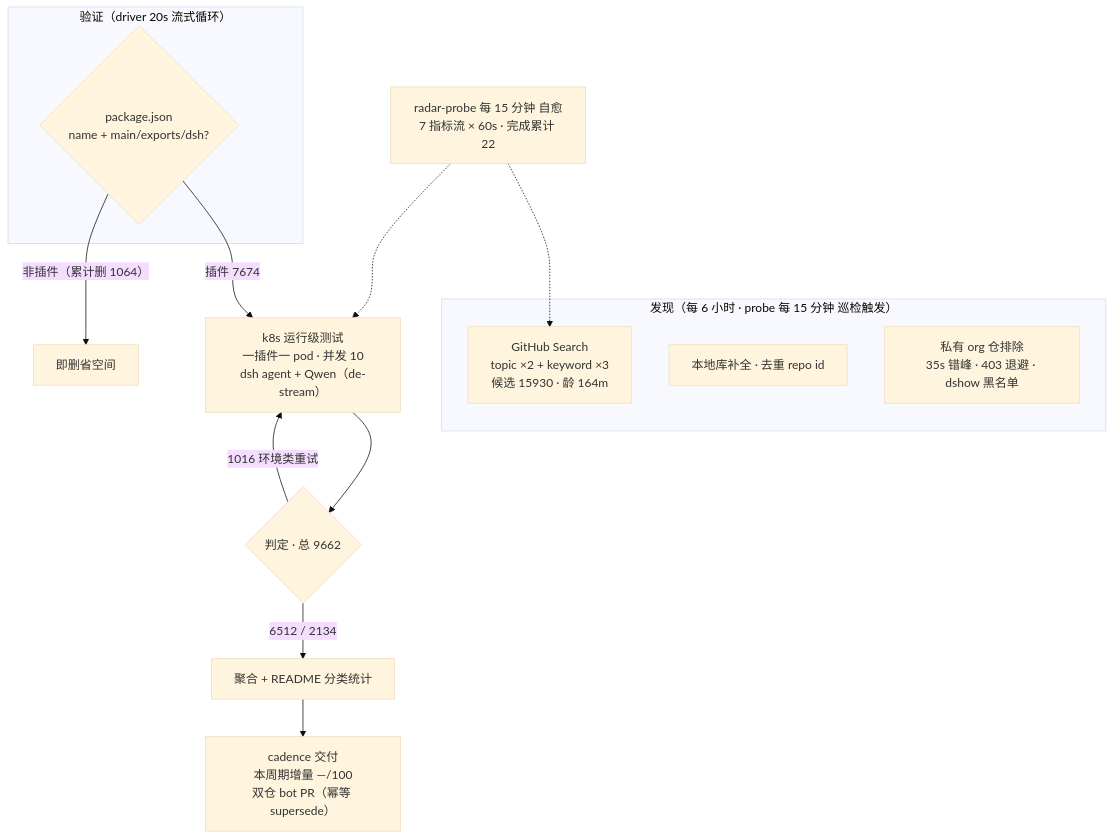
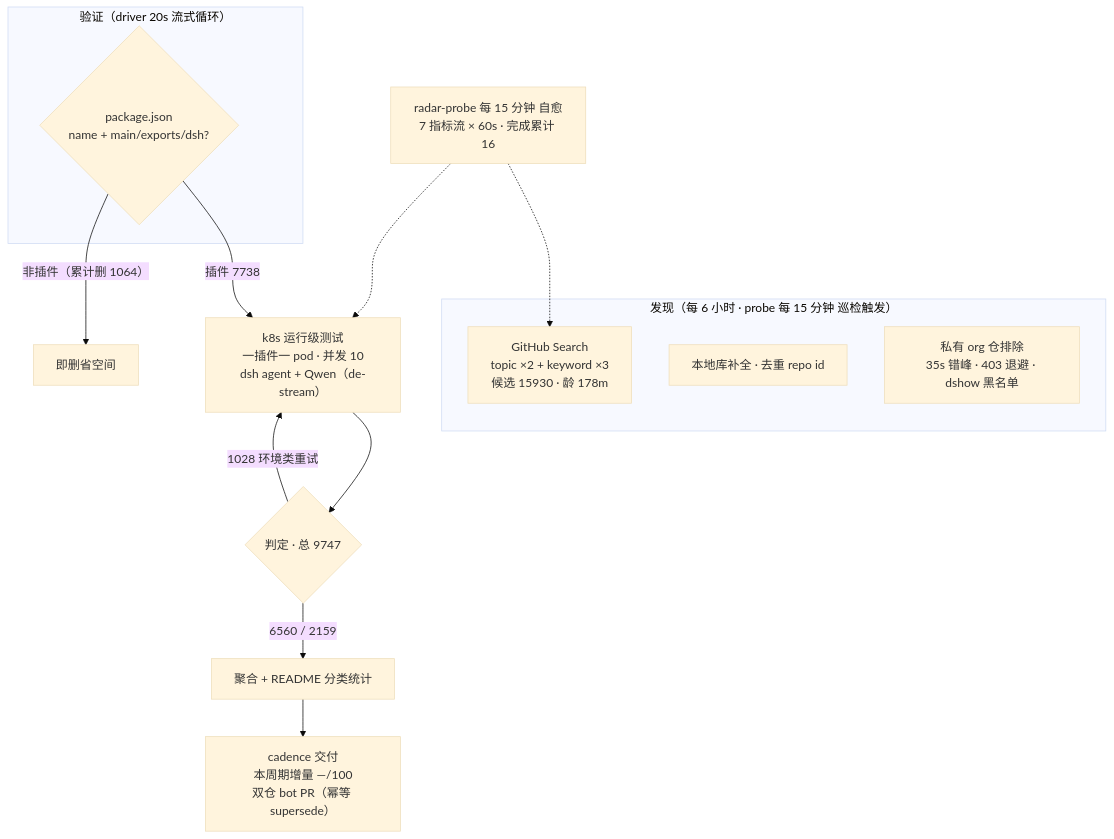
One commit to Zhidao-Lab-OSS/awesome-dsh-plugins changed the diagram in README.md. Above: the diagram before and after it, drawn with Mermaid (base theme). The commit also changed other lines of this file and 1 other file, not shown here.

````diff
--- a/README.md
+++ b/README.md
@@ -37,20 +37,20 @@
 ```mermaid
 flowchart TB
     subgraph Discovery["发现（每 6 小时 · probe 每 15 分钟 巡检触发）"]
-        A1["GitHub Search<br/>topic ×2 + keyword ×3<br/>候选 15930 · 龄 164m"]
+        A1["GitHub Search<br/>topic ×2 + keyword ×3<br/>候选 15930 · 龄 178m"]
         A2["本地库补全 · 去重 repo id"]
         A3["私有 org 仓排除<br/>35s 错峰 · 403 退避 · dshow 黑名单"]
     end
     subgraph Validation["验证（driver 20s 流式循环）"]
         B1{"package.json<br/>name + main/exports/dsh?"}
     end
-    B1 -->|"插件 7674"| C1["k8s 运行级测试<br/>一插件一 pod · 并发 10<br/>dsh agent + Qwen（de-stream）"]
+    B1 -->|"插件 7738"| C1["k8s 运行级测试<br/>一插件一 pod · 并发 10<br/>dsh agent + Qwen（de-stream）"]
     B1 -->|"非插件（累计删 1064）"| B3["即删省空间"]
-    C1 --> D1{"判定 · 总 9662"}
-    D1 -->|"6512 / 2134"| E1["聚合 + README 分类统计"]
-    D1 -->|"1016 环境类重试"| C1
+    C1 --> D1{"判定 · 总 9747"}
+    D1 -->|"6560 / 2159"| E1["聚合 + README 分类统计"]
+    D1 -->|"1028 环境类重试"| C1
     E1 --> E2["cadence 交付<br/>本周期增量 —/100<br/>双仓 bot PR（幂等 supersede）"]
-    M["radar-probe 每 15 分钟 自愈<br/>7 指标流 × 60s · 完成累计 22"]
+    M["radar-probe 每 15 分钟 自愈<br/>7 指标流 × 60s · 完成累计 16"]
     M -.-> A1
     M -.-> C1
 ```
````
